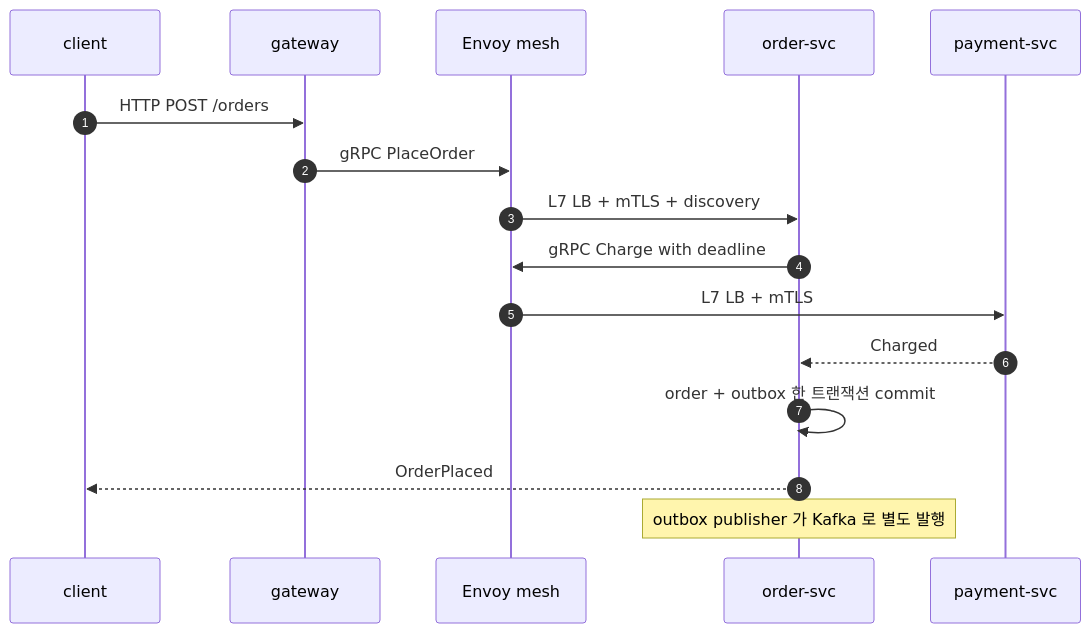
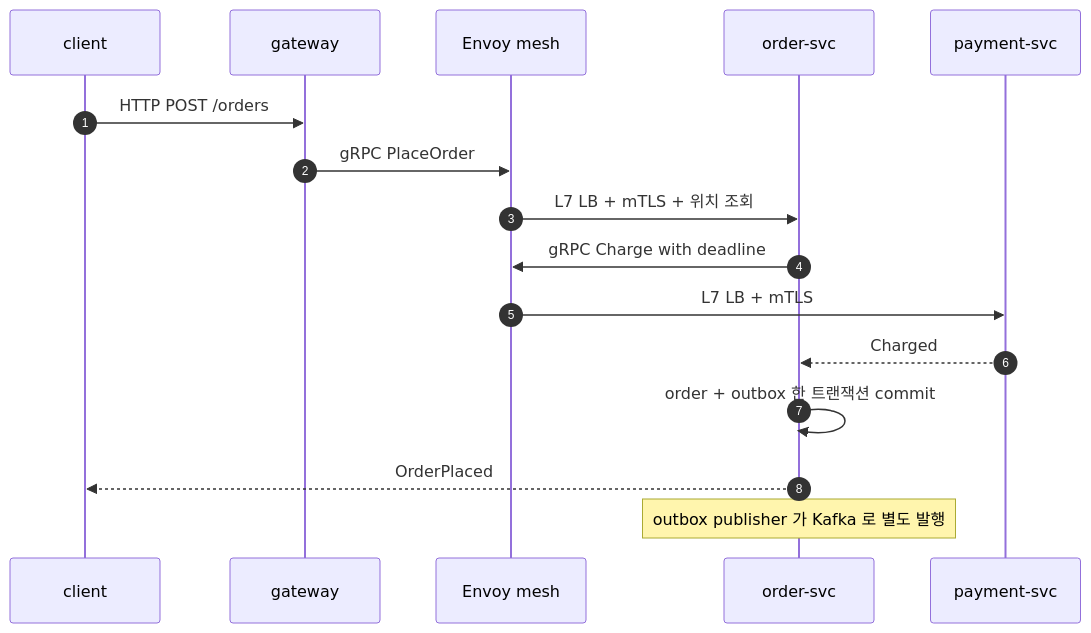
The second of 3 diagrams in framework/doc/framework/dotnet/guide/case-studies/13-case-ecommerce-checkout.ko.md (kairos-code-dev/zlink), drawn with Mermaid before and after one commit. The commit also changed other lines of this file and 30 other files, not shown here.

````diff
--- a/framework/doc/framework/dotnet/guide/case-studies/13-case-ecommerce-checkout.ko.md
+++ b/framework/doc/framework/dotnet/guide/case-studies/13-case-ecommerce-checkout.ko.md
@@ -267,18 +267,18 @@
 ```mermaid
 sequenceDiagram
   autonumber
   participant C as client
   participant GW as gateway
   participant M as Envoy mesh
   participant ORD as order-svc
   participant PAY as payment-svc
   C->>GW: HTTP POST /orders
   GW->>M: gRPC PlaceOrder
-  M->>ORD: L7 LB + mTLS + discovery
+  M->>ORD: L7 LB + mTLS + 위치 조회
   ORD->>M: gRPC Charge with deadline
   M->>PAY: L7 LB + mTLS
   PAY-->>ORD: Charged
   ORD->>ORD: order + outbox 한 트랜잭션 commit
   ORD-->>C: OrderPlaced
   Note over ORD: outbox publisher 가 Kafka 로 별도 발행
 ```
````
